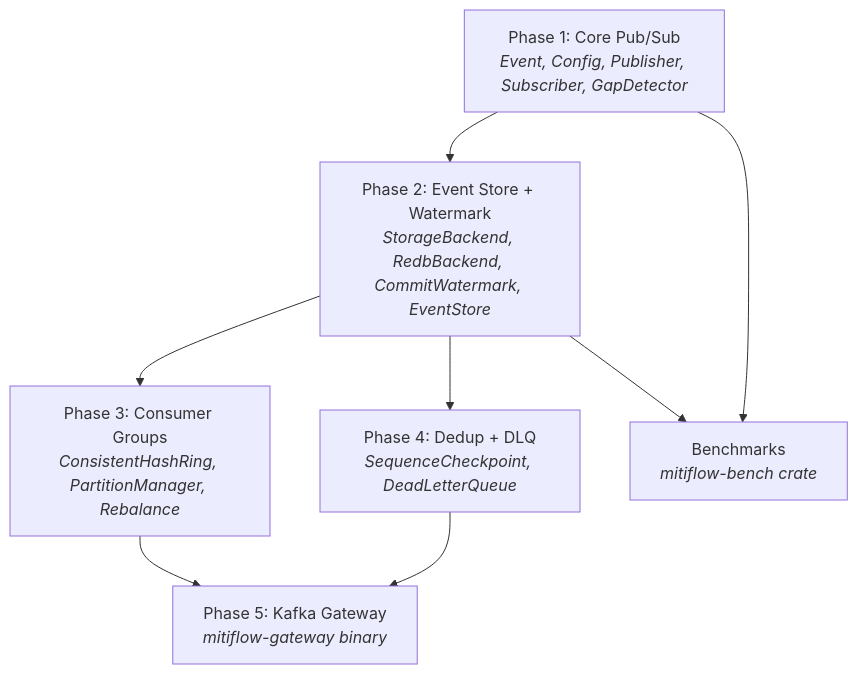
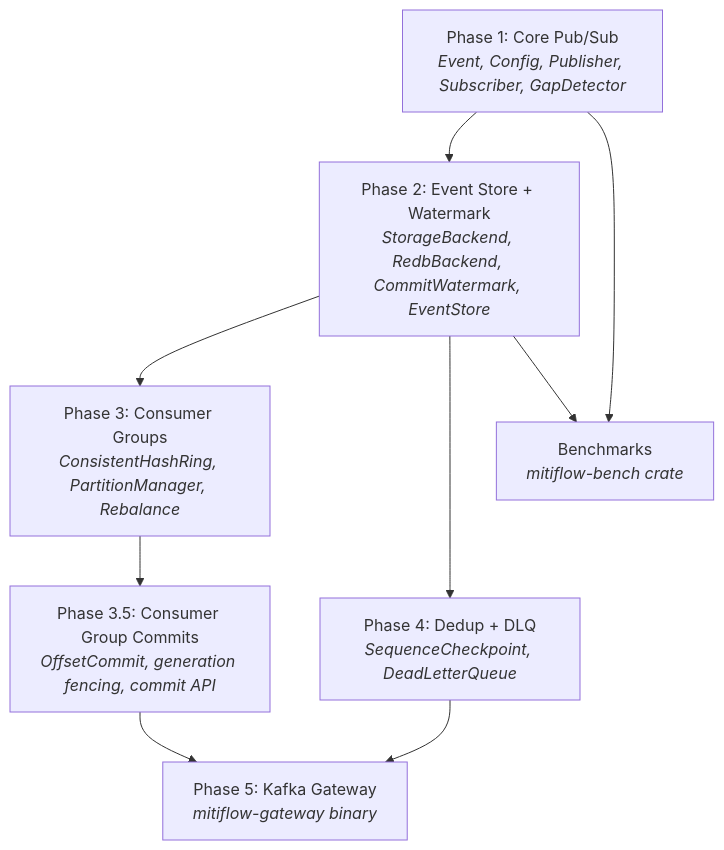
Before and after one commit to rosetta-lizentia/mitiflow: the second of 2 diagrams in docs/implementation_plan.md, drawn with Mermaid. The commit also changed other lines of this file and 7 other files, not shown here.

Commit message:
feat: implement consumer group offset commits with generation fencing and update documentation

````diff
--- a/docs/implementation_plan.md
+++ b/docs/implementation_plan.md
@@ -622,17 +661,19 @@
 ```mermaid
 graph TD
     P1["Phase 1: Core Pub/Sub<br/><i>Event, Config, Publisher, Subscriber, GapDetector</i>"]
     P2["Phase 2: Event Store + Watermark<br/><i>StorageBackend, RedbBackend, CommitWatermark, EventStore</i>"]
     P3["Phase 3: Consumer Groups<br/><i>ConsistentHashRing, PartitionManager, Rebalance</i>"]
+    P35["Phase 3.5: Consumer Group Commits<br/><i>OffsetCommit, generation fencing, commit API</i>"]
     P4["Phase 4: Dedup + DLQ<br/><i>SequenceCheckpoint, DeadLetterQueue</i>"]
     P5["Phase 5: Kafka Gateway<br/><i>mitiflow-gateway binary</i>"]
     BM["Benchmarks<br/><i>mitiflow-bench crate</i>"]
 
     P1 --> P2
     P2 --> P3
+    P3 --> P35
     P2 --> P4
-    P3 --> P5
+    P35 --> P5
     P4 --> P5
     P1 --> BM
     P2 --> BM
 ```
````
